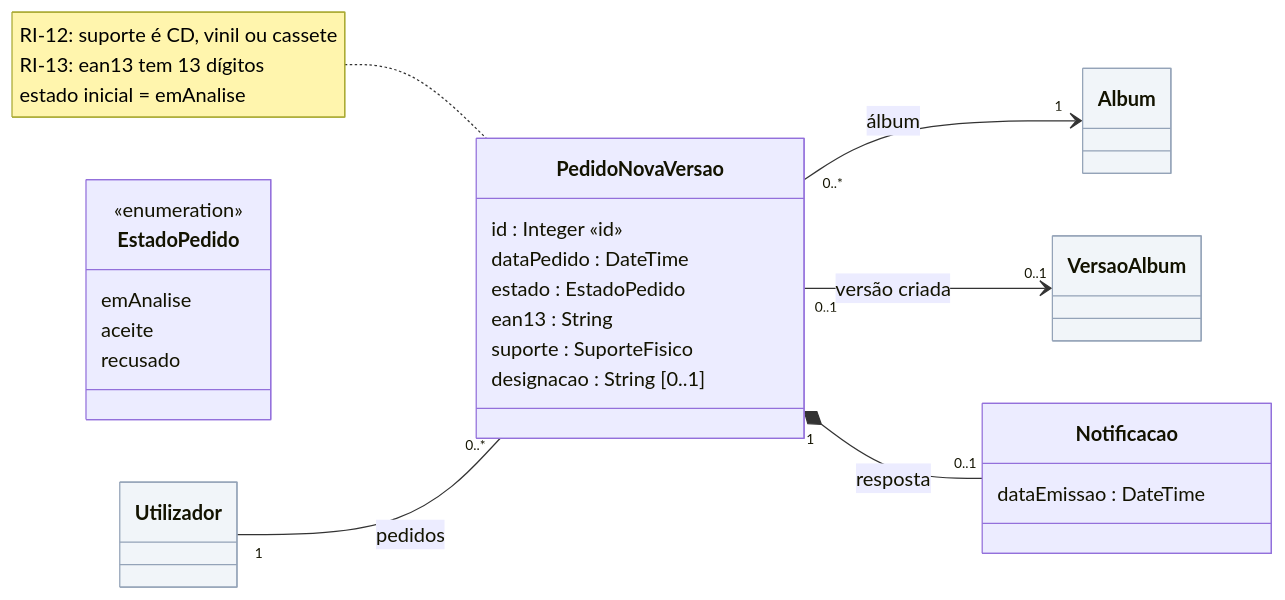
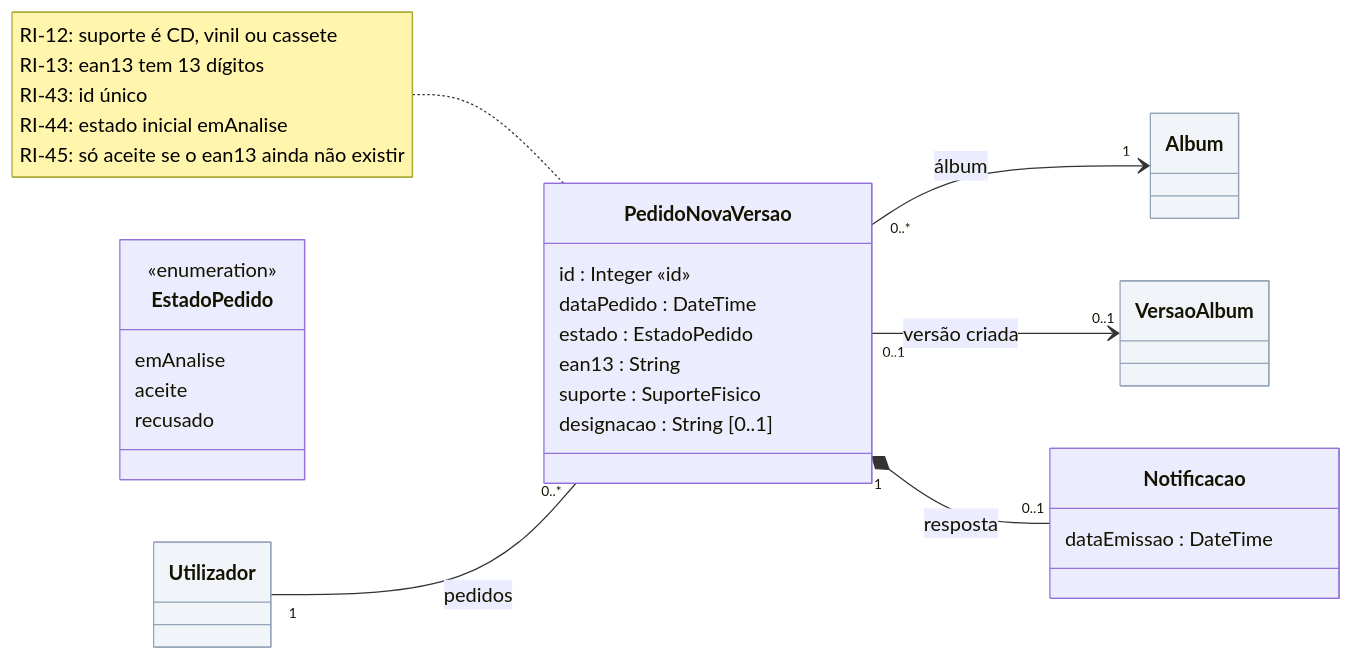
One commit to malat0o/PGP changed the sixth of 6 diagrams in etapa1/classes/modelo-classes.md. Above: the diagram before and after it, drawn with Mermaid. The commit also changed other lines of this file and 17 other files, not shown here.

Commit message:
Imagens dos diagramas, secção do relatório, serviços externos e restrições RI-31 a RI-47

````diff
--- a/etapa1/classes/modelo-classes.md
+++ b/etapa1/classes/modelo-classes.md
@@ -306,35 +309,35 @@
 ```mermaid
 classDiagram
   direction LR
   class Utilizador
   class Album
   class VersaoAlbum
   class PedidoNovaVersao {
     id : Integer «id»
     dataPedido : DateTime
     estado : EstadoPedido
     ean13 : String
     suporte : SuporteFisico
     designacao : String [0..1]
   }
   class EstadoPedido {
     <<enumeration>>
     emAnalise
     aceite
     recusado
   }
   class Notificacao {
     dataEmissao : DateTime
   }
 
   Utilizador "1" -- "0..*" PedidoNovaVersao : pedidos
   PedidoNovaVersao "0..*" --> "1" Album : álbum
   PedidoNovaVersao "0..1" --> "0..1" VersaoAlbum : versão criada
   PedidoNovaVersao "1" *-- "0..1" Notificacao : resposta
 
-  note for PedidoNovaVersao "RI-12: suporte é CD, vinil ou cassete<br>RI-13: ean13 tem 13 dígitos<br>estado inicial = emAnalise"
+  note for PedidoNovaVersao "RI-12: suporte é CD, vinil ou cassete<br>RI-13: ean13 tem 13 dígitos<br>RI-43: id único<br>RI-44: estado inicial emAnalise<br>RI-45: só aceite se o ean13 ainda não existir"
 
   style Utilizador fill:#f1f5f9,stroke:#94a3b8
   style Album fill:#f1f5f9,stroke:#94a3b8
   style VersaoAlbum fill:#f1f5f9,stroke:#94a3b8
 ```
````
